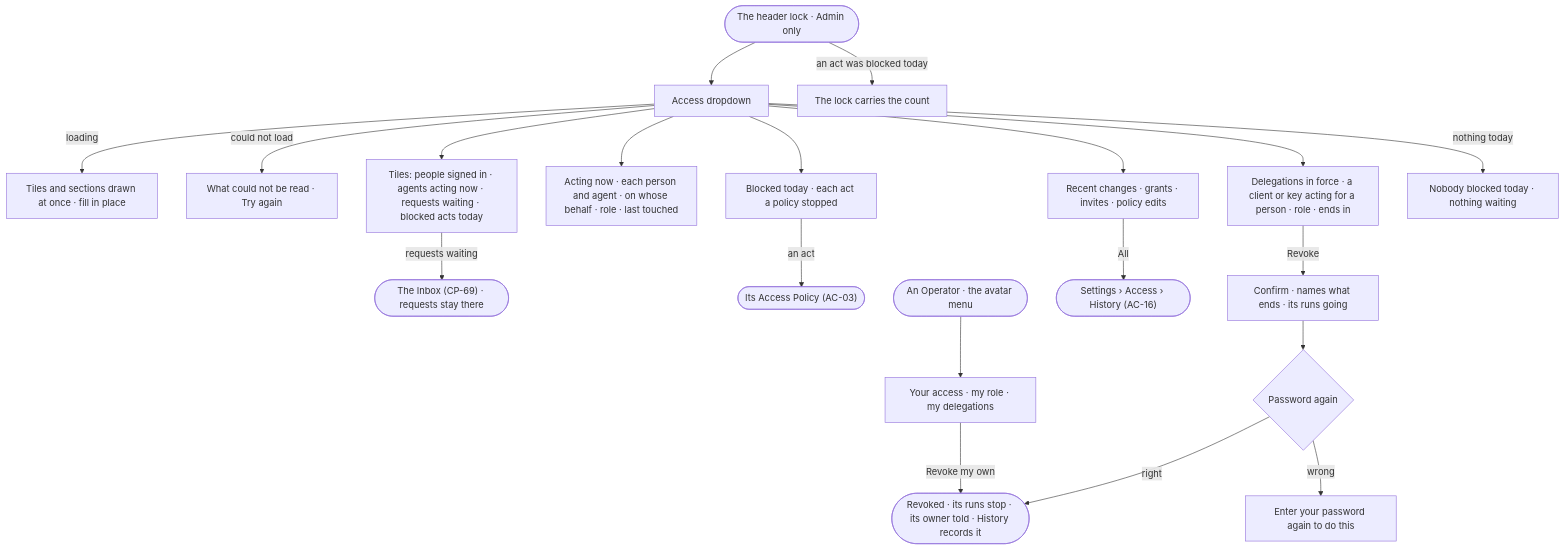
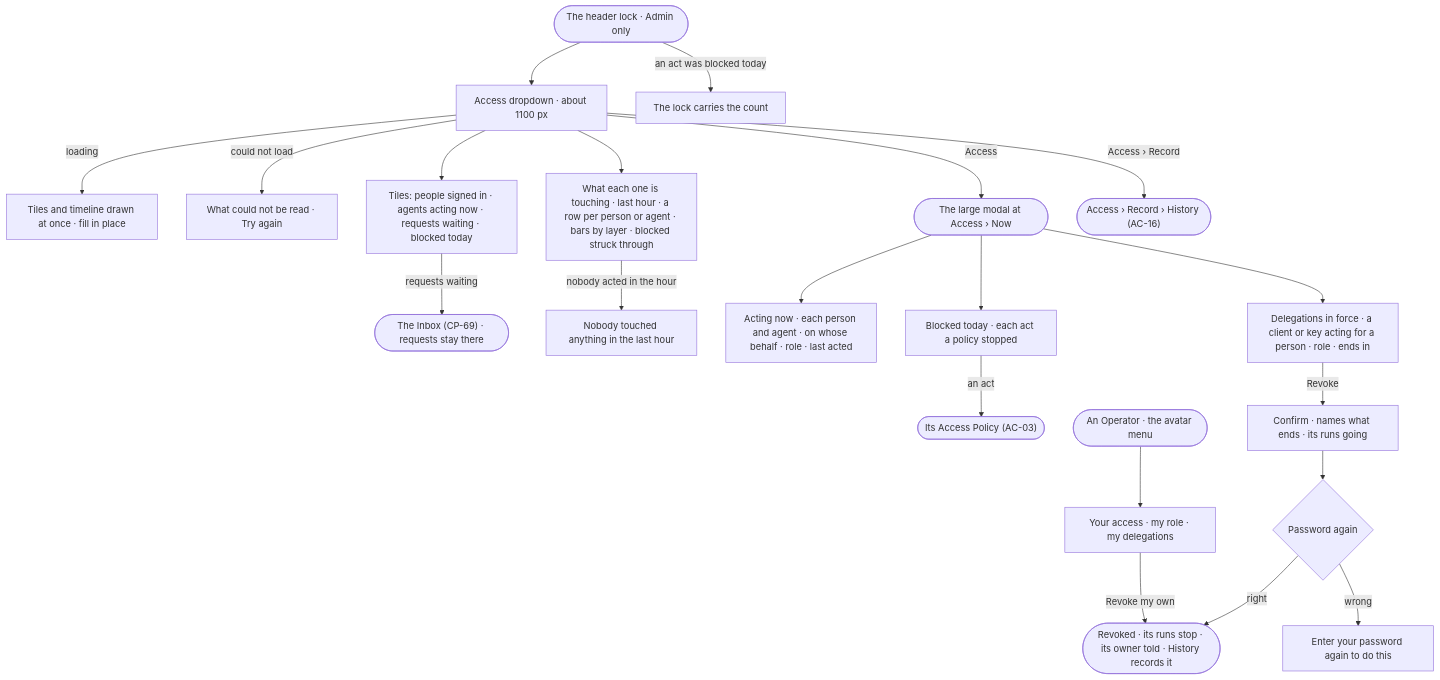
The diagram in specs/os/access/features/AC-F06-history/stories/AC-48-see-who-is-acting-and-what-was-blocked-from-the-header/story.md (invana/invana), drawn with Mermaid before and after one commit. The commit also changed other lines of this file and 133 other files, not shown here.

First line of the commit message:
docs(specs): flat labelled nav, one large modal, slim header dropdowns

````diff
--- a/specs/os/access/features/AC-F06-history/stories/AC-48-see-who-is-acting-and-what-was-blocked-from-the-header/story.md
+++ b/specs/os/access/features/AC-F06-history/stories/AC-48-see-who-is-acting-and-what-was-blocked-from-the-header/story.md
@@ -27,19 +27,21 @@
 ```mermaid
 flowchart TD
-  h([The header lock · Admin only]) --> d["Access dropdown"]
+  h([The header lock · Admin only]) --> d["Access dropdown · about 1100 px"]
   h -->|an act was blocked today| cnt["The lock carries the count"]
-  d -->|loading| ld["Tiles and sections drawn at once · fill in place"]
+  d -->|loading| ld["Tiles and timeline drawn at once · fill in place"]
   d -->|could not load| fl["What could not be read · Try again"]
-  d --> t["Tiles: people signed in · agents acting now · requests waiting · blocked acts today"]
+  d --> t["Tiles: people signed in · agents acting now · requests waiting · blocked today"]
   t -->|requests waiting| ib(["The Inbox (CP-69) · requests stay there"])
-  d --> an["Acting now · each person and agent · on whose behalf · role · last touched"]
-  d --> bl["Blocked today · each act a policy stopped"] -->|an act| pol(["Its Access Policy (AC-03)"])
-  d --> dl["Delegations in force · a client or key acting for a person · role · ends in"]
+  d --> sl["What each one is touching · last hour · a row per person or agent · bars by layer · blocked struck through"]
+  sl -->|nobody acted in the hour| calm["Nobody touched anything in the last hour"]
+  d -->|Access| now(["The large modal at Access › Now"])
+  d -->|Access › Record| hi(["Access › Record › History (AC-16)"])
+  now --> an["Acting now · each person and agent · on whose behalf · role · last acted"]
+  now --> bl["Blocked today · each act a policy stopped"] -->|an act| pol(["Its Access Policy (AC-03)"])
+  now --> dl["Delegations in force · a client or key acting for a person · role · ends in"]
   dl -->|Revoke| cf["Confirm · names what ends · its runs going"] --> pw{"Password again"}
   pw -->|right| rv(["Revoked · its runs stop · its owner told · History records it"])
   pw -->|wrong| no["Enter your password again to do this"]
-  d --> rc["Recent changes · grants · invites · policy edits"] -->|All| hi(["Settings › Access › History (AC-16)"])
-  d -->|nothing today| calm["Nobody blocked today · nothing waiting"]
   o([An Operator · the avatar menu]) --> ya["Your access · my role · my delegations"]
   ya -->|Revoke my own| rv
 ```
````
